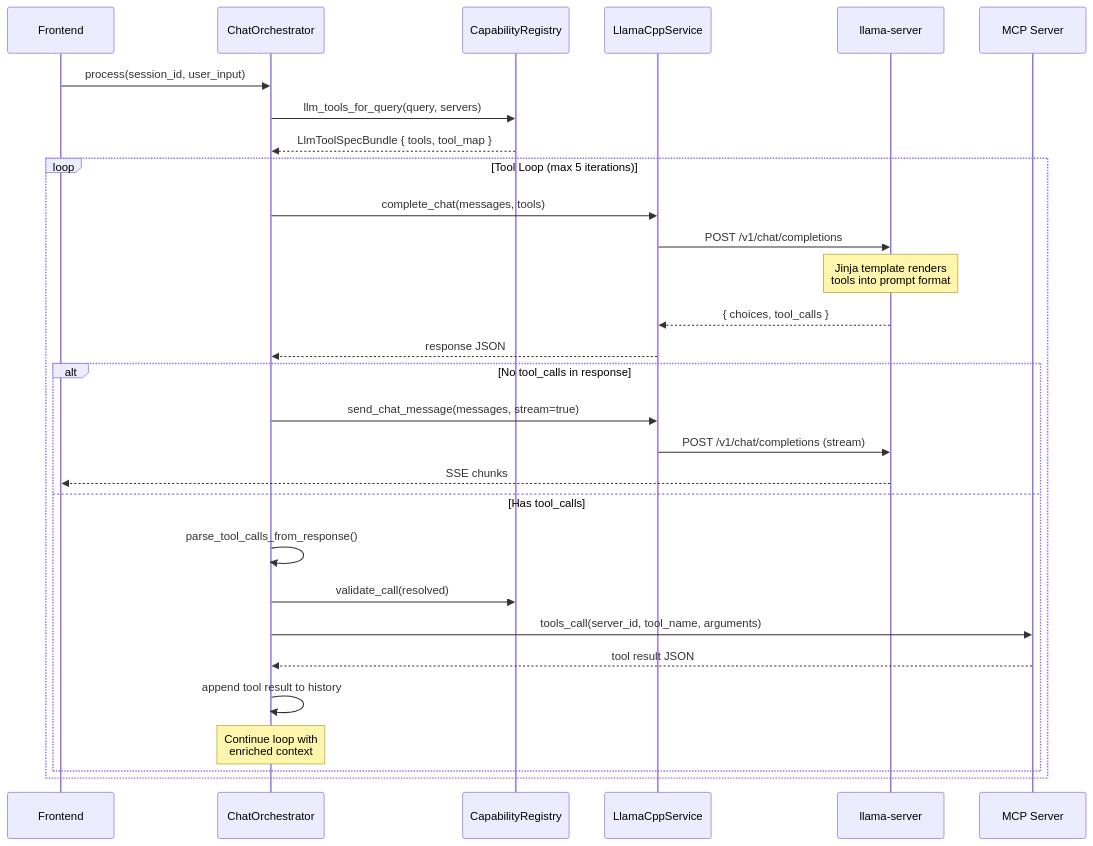
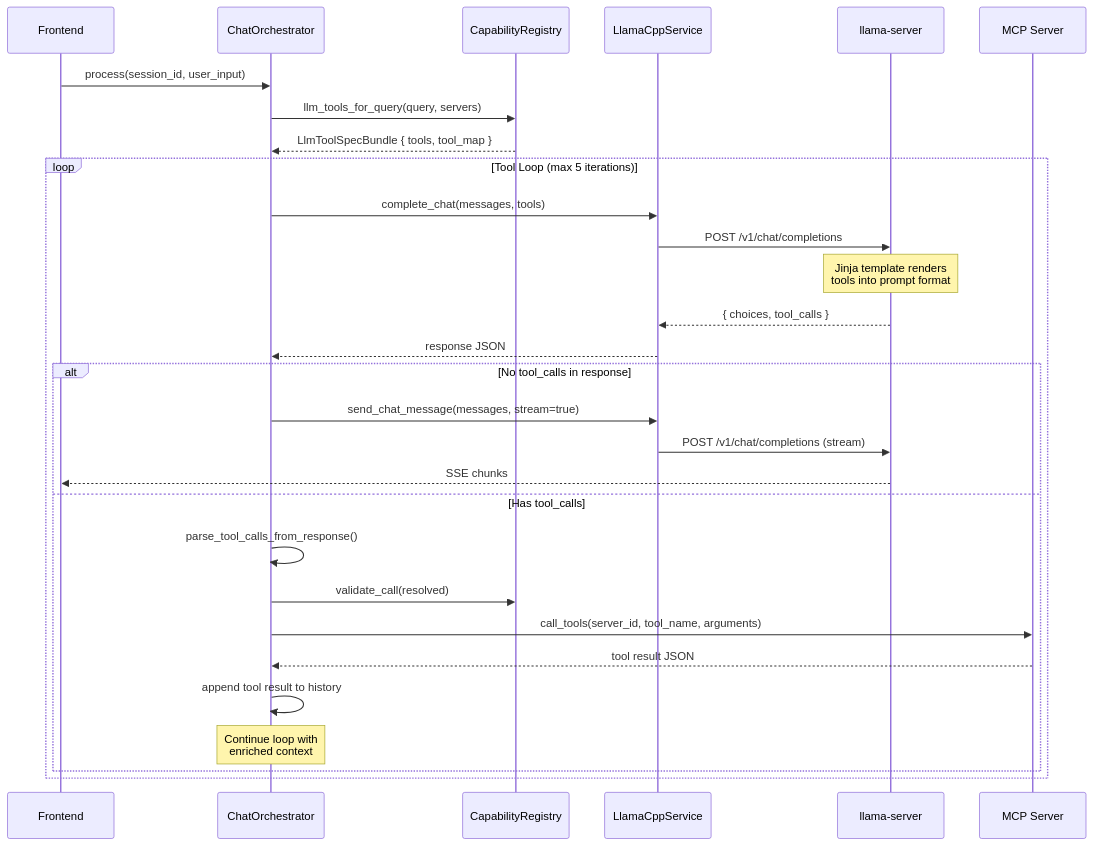
One commit to GDKAYKY/llama.cpp-desktop changed the second of 3 diagrams in docs/backend/MCP_TOOL_CALLING.md. Above: the diagram before and after it, drawn with Mermaid. The commit also changed other lines of this file and 16 other files, not shown here.

````diff
--- a/docs/backend/MCP_TOOL_CALLING.md
+++ b/docs/backend/MCP_TOOL_CALLING.md
@@ -124,34 +124,34 @@
 ```mermaid
 sequenceDiagram
     participant UI as Frontend
     participant Orch as ChatOrchestrator
     participant Reg as CapabilityRegistry
     participant Svc as LlamaCppService
     participant Srv as llama-server
     participant MCP as MCP Server
 
     UI->>Orch: process(session_id, user_input)
     Orch->>Reg: llm_tools_for_query(query, servers)
     Reg-->>Orch: LlmToolSpecBundle { tools, tool_map }
 
     loop Tool Loop (max 5 iterations)
         Orch->>Svc: complete_chat(messages, tools)
         Svc->>Srv: POST /v1/chat/completions
         Note over Srv: Jinja template renders<br/>tools into prompt format
         Srv-->>Svc: { choices, tool_calls }
         Svc-->>Orch: response JSON
 
         alt No tool_calls in response
             Orch->>Svc: send_chat_message(messages, stream=true)
             Svc->>Srv: POST /v1/chat/completions (stream)
             Srv-->>UI: SSE chunks
         else Has tool_calls
             Orch->>Orch: parse_tool_calls_from_response()
             Orch->>Reg: validate_call(resolved)
-            Orch->>MCP: tools_call(server_id, tool_name, arguments)
+            Orch->>MCP: call_tools(server_id, tool_name, arguments)
             MCP-->>Orch: tool result JSON
             Orch->>Orch: append tool result to history
             Note over Orch: Continue loop with<br/>enriched context
         end
     end
 ```
````
